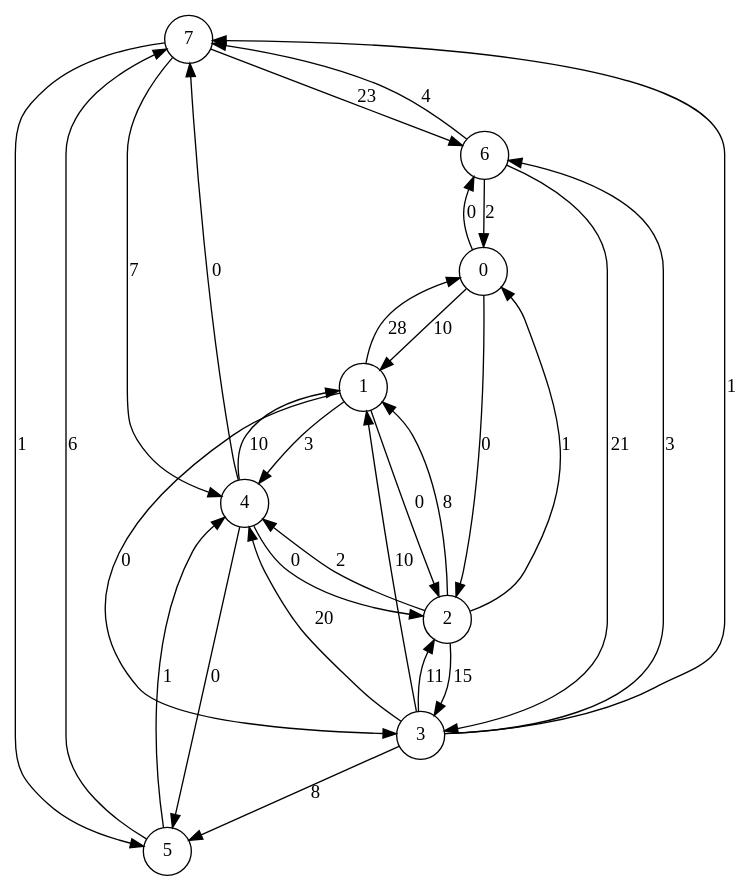
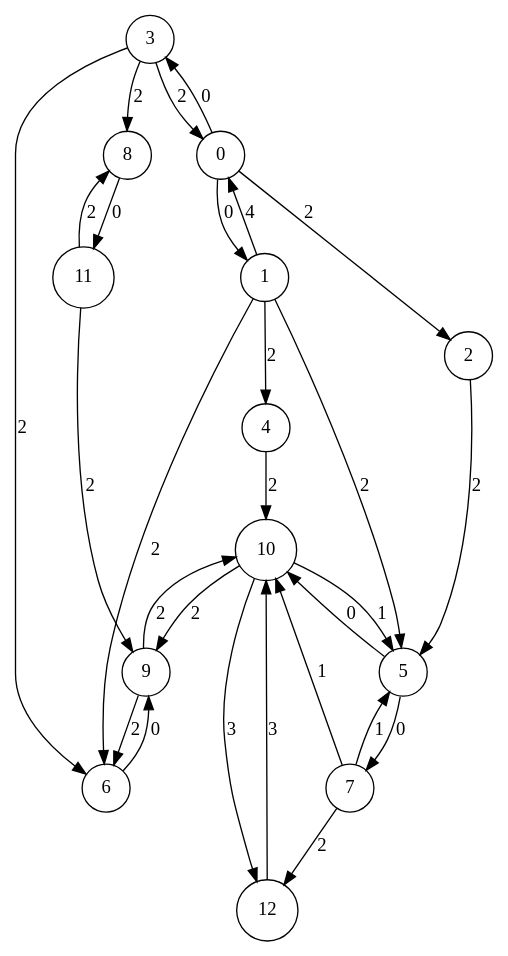
One commit to Anthony97480/ocaml-maxflow-project changed the diagram in result.dot. Above: the diagram before and after it, drawn with Graphviz. The commit also changed 2 other files, not shown here.

```diff
--- a/result.dot
+++ b/result.dot
@@ -1,32 +1,30 @@
 digraph mongraph {
 node [shape = circle];
-7 -> 6 [label = "23"];
+10 -> 9 [label = "2"];
+10 -> 12 [label = "3"];
+10 -> 5 [label = "1"];
+9 -> 10 [label = "2"];
+9 -> 6 [label = "2"];
+11 -> 8 [label = "2"];
+11 -> 9 [label = "2"];
+8 -> 11 [label = "0"];
+3 -> 0 [label = "2"];
+3 -> 8 [label = "2"];
+3 -> 6 [label = "2"];
+0 -> 3 [label = "0"];
+0 -> 1 [label = "0"];
+0 -> 2 [label = "2"];
+12 -> 10 [label = "3"];
+6 -> 9 [label = "0"];
+1 -> 0 [label = "4"];
+1 -> 5 [label = "2"];
+1 -> 6 [label = "2"];
+1 -> 4 [label = "2"];
+5 -> 10 [label = "0"];
+5 -> 7 [label = "0"];
 7 -> 5 [label = "1"];
-7 -> 4 [label = "7"];
-6 -> 7 [label = "4"];
-6 -> 3 [label = "21"];
-6 -> 0 [label = "2"];
-3 -> 6 [label = "3"];
-3 -> 2 [label = "11"];
-3 -> 1 [label = "10"];
-3 -> 7 [label = "1"];
-3 -> 4 [label = "20"];
-3 -> 5 [label = "8"];
-2 -> 3 [label = "15"];
-2 -> 0 [label = "1"];
-2 -> 4 [label = "2"];
-2 -> 1 [label = "8"];
-0 -> 2 [label = "0"];
-0 -> 1 [label = "10"];
-0 -> 6 [label = "0"];
-5 -> 7 [label = "6"];
-5 -> 4 [label = "1"];
-4 -> 5 [label = "0"];
-4 -> 1 [label = "10"];
-4 -> 7 [label = "0"];
-4 -> 2 [label = "0"];
-1 -> 4 [label = "3"];
-1 -> 0 [label = "28"];
-1 -> 3 [label = "0"];
-1 -> 2 [label = "0"];
+7 -> 10 [label = "1"];
+7 -> 12 [label = "2"];
+2 -> 5 [label = "2"];
+4 -> 10 [label = "2"];
 }
```
